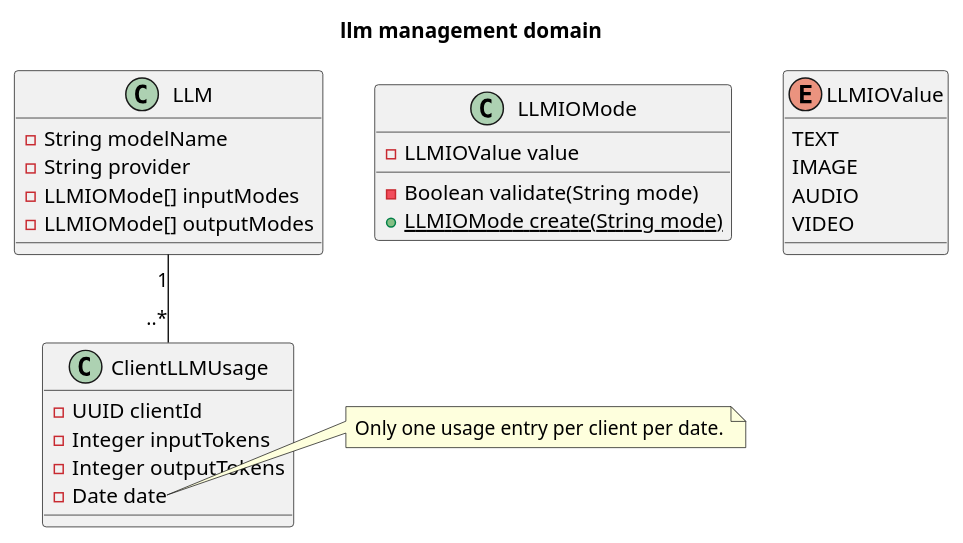
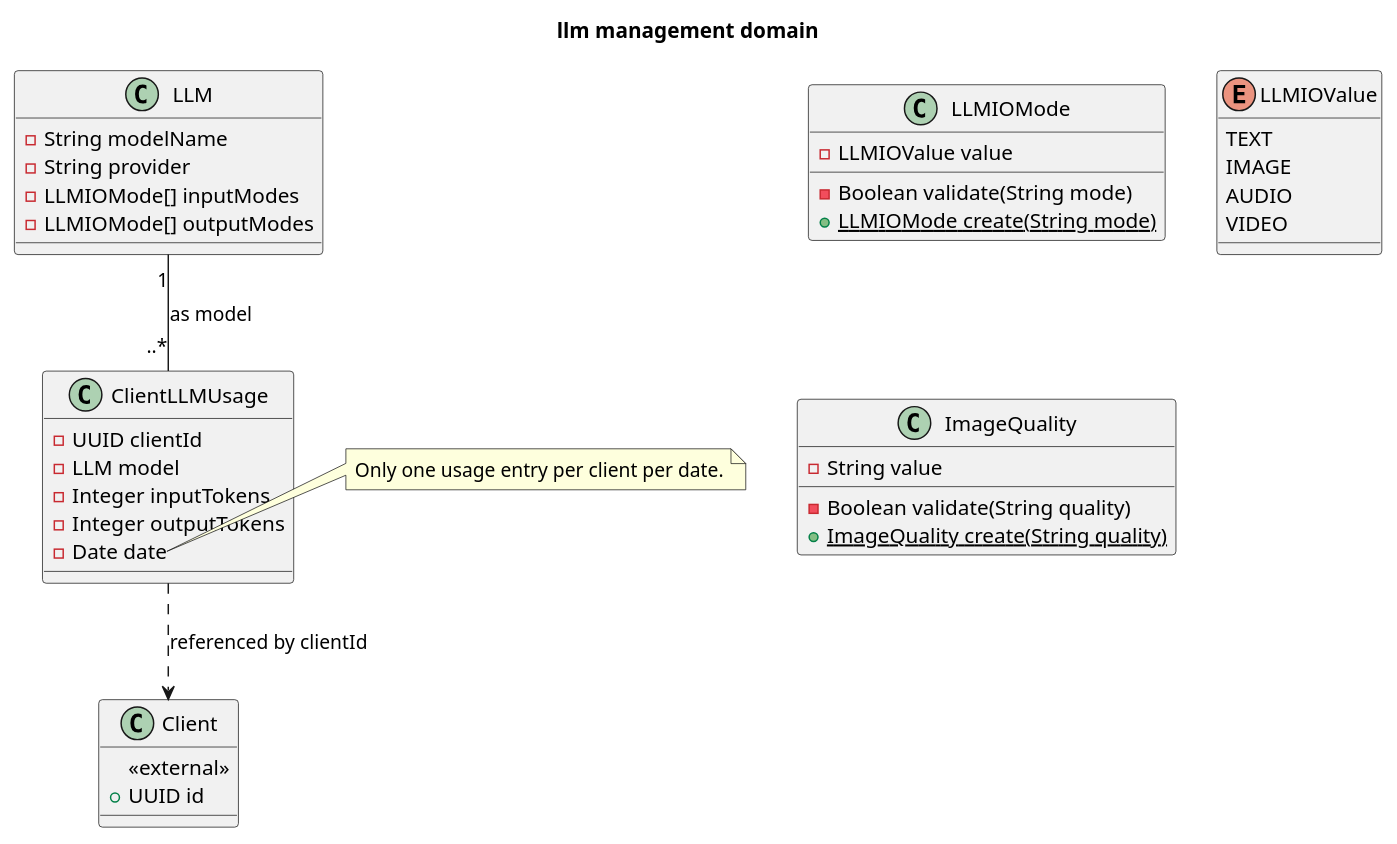
One commit to pondem87/medulla2j changed the diagram in docs/uml/domain-modelling/llm-domain.puml. Above: the diagram before and after it, drawn with PlantUML. The commit also changed 6 other files, not shown here.

```diff
--- a/docs/uml/domain-modelling/llm-domain.puml
+++ b/docs/uml/domain-modelling/llm-domain.puml
@@ -1,43 +1,58 @@
 @startuml
 
 title llm management domain
 
 '=== ENTITIES ==='
 class LLM {
     -String modelName
     -String provider
     -LLMIOMode[] inputModes
     -LLMIOMode[] outputModes
 }
 
 
 
 class ClientLLMUsage {
     -UUID clientId
+    -LLM model
     -Integer inputTokens
     -Integer outputTokens
     -Date date
 }
 
 note right of ClientLLMUsage::date
 Only one usage entry per client per date.
 end note
 
 '=== VALUE OBJECTS ===
 class LLMIOMode {
     -LLMIOValue value
     -Boolean validate(String mode)
     {static}+LLMIOMode create(String mode)
 }
 
 enum LLMIOValue {
     TEXT
     IMAGE
     AUDIO
     VIDEO
 }
 
+class ImageQuality {
+    -String value
+    -Boolean validate(String quality)
+    {static}+ImageQuality create(String quality)
+}
+
 '=== ASSOCIATIONS ===
-LLM "1" -- "..*" ClientLLMUsage
+LLM "1" -- "..*" ClientLLMUsage: as model
+
+'=== EXTERNAL REFERENCES ===
+class Client {
+    <<external>>
+    +UUID id
+}
+
+ClientLLMUsage ..> Client : referenced by clientId
 
 @enduml
```
